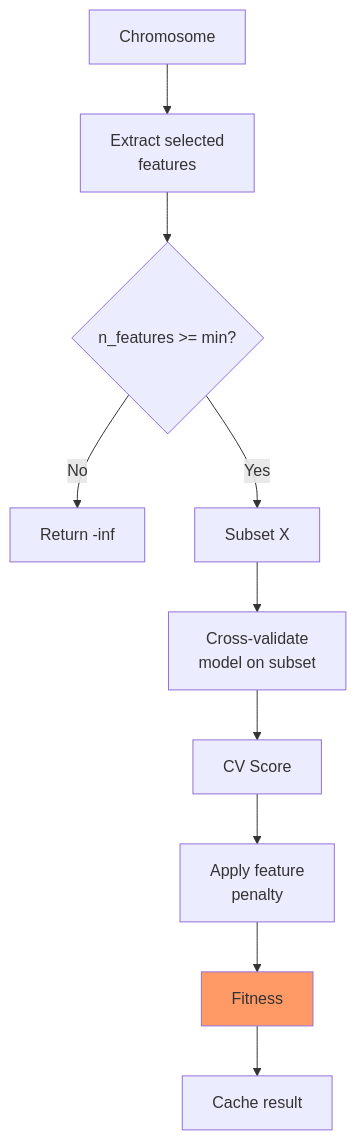
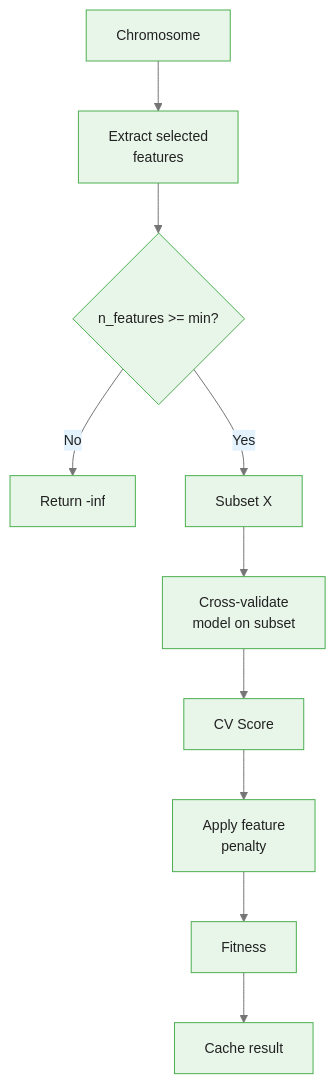
The first of 4 diagrams in courses/genetic-algorithms-feature-selection/modules/module_02_fitness/guides/02_cross_validation_fitness_slides.md (m-deane/course-creator), drawn with Mermaid before and after one commit. The commit also changed other lines of this file and 52 other files, not shown here.

````diff
--- a/courses/genetic-algorithms-feature-selection/modules/module_02_fitness/guides/02_cross_validation_fitness_slides.md
+++ b/courses/genetic-algorithms-feature-selection/modules/module_02_fitness/guides/02_cross_validation_fitness_slides.md
@@ -23,13 +23,13 @@
 ```mermaid
+%%{init: {"theme": "base", "themeVariables": {"primaryColor": "#e8f5e9", "primaryBorderColor": "#4caf50", "primaryTextColor": "#212121", "secondaryColor": "#e3f2fd", "tertiaryColor": "#fff8e1", "lineColor": "#757575", "fontFamily": "Inter, sans-serif", "fontSize": "14px"}}}%%
 flowchart TD
     A["Chromosome"] --> B["Extract selected<br/>features"]
     B --> C{"n_features >= min?"}
     C -->|No| D["Return -inf"]
     C -->|Yes| E["Subset X"]
     E --> F["Cross-validate<br/>model on subset"]
     F --> G["CV Score"]
     G --> H["Apply feature<br/>penalty"]
     H --> I["Fitness"]
     I --> J["Cache result"]
-    style I fill:#f96
 ```
````
